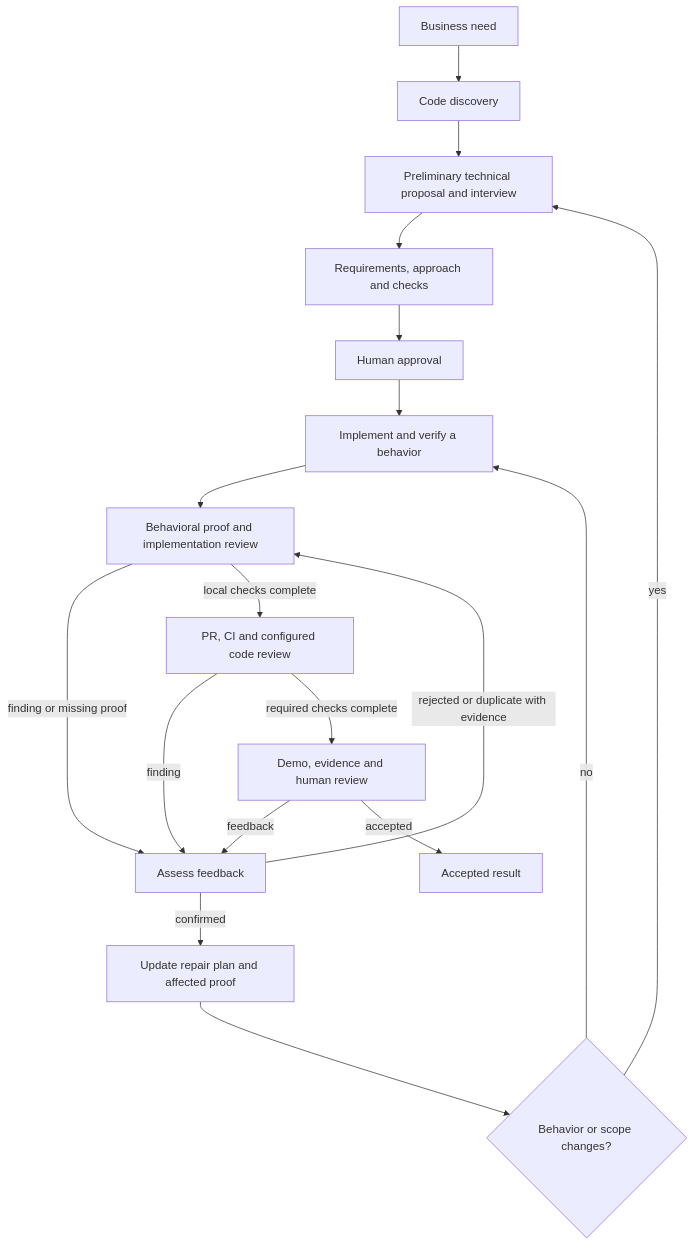
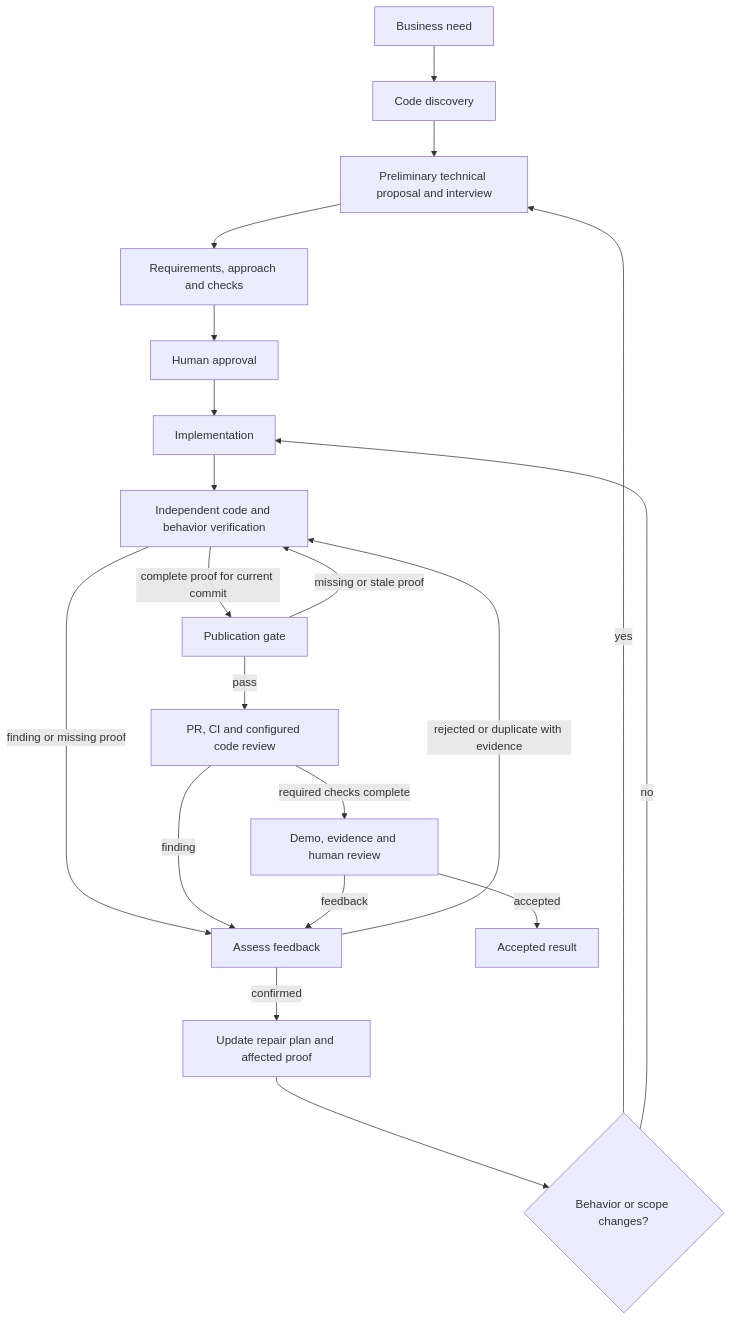
The diagram in README.md (ciupkajakub/ai-dev-workflows), drawn with Mermaid before and after one commit. The commit also changed other lines of this file and 9 other files, not shown here.

Commit message:
Separate implementation from independent delivery verification

````diff
--- a/README.md
+++ b/README.md
@@ -68,20 +68,22 @@
 ```mermaid
 flowchart TD
   need[Business need] --> explore[Code discovery]
   explore --> interview[Preliminary technical proposal and interview]
   interview --> plan[Requirements, approach and checks]
   plan --> approve[Human approval]
-  approve --> implement[Implement and verify a behavior]
-  implement --> verify[Behavioral proof and implementation review]
+  approve --> implement[Implementation]
+  implement --> verify[Independent code and behavior verification]
   verify -->|finding or missing proof| assess
-  verify -->|local checks complete| checks[PR, CI and configured code review]
+  verify -->|complete proof for current commit| gate[Publication gate]
+  gate -->|pass| checks[PR, CI and configured code review]
+  gate -->|missing or stale proof| verify
   checks -->|finding| assess[Assess feedback]
   assess -->|rejected or duplicate with evidence| verify
   assess -->|confirmed| repair[Update repair plan and affected proof]
   repair --> change{Behavior or scope changes?}
   change -->|yes| interview
   change -->|no| implement
   checks -->|required checks complete| result[Demo, evidence and human review]
   result -->|feedback| assess
   result -->|accepted| done[Accepted result]
 ```
````
